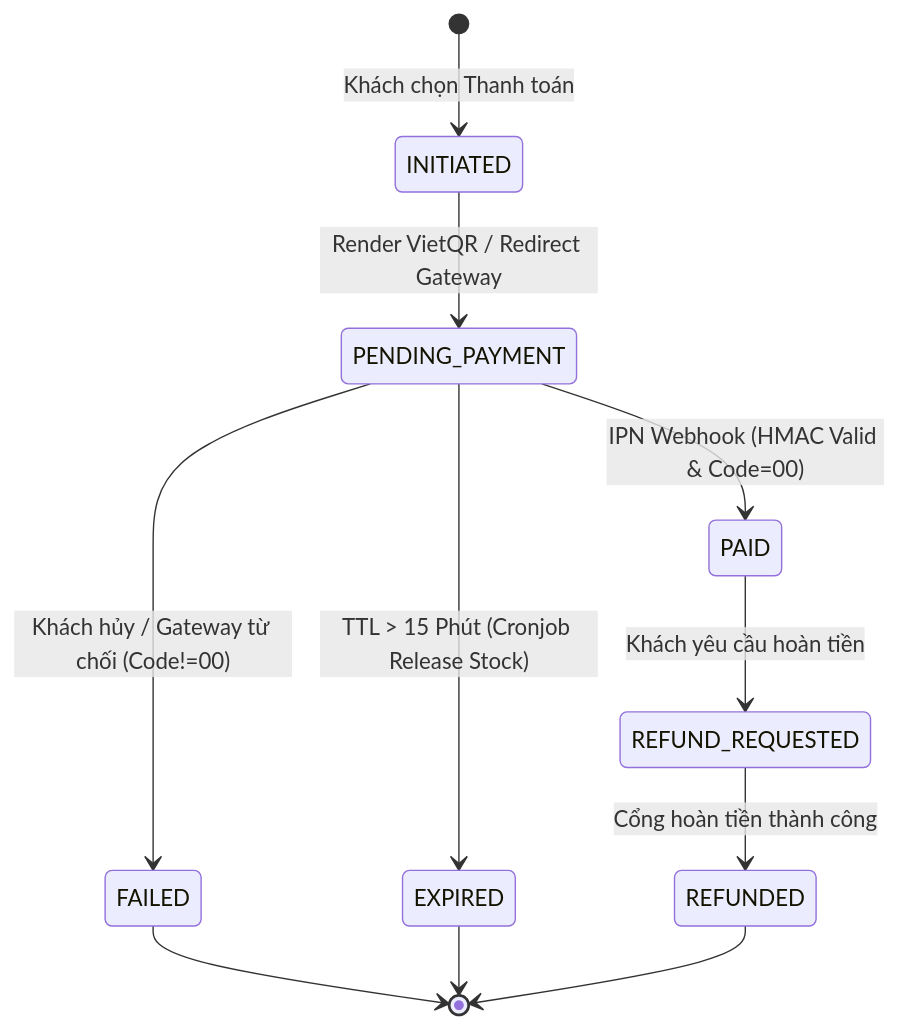
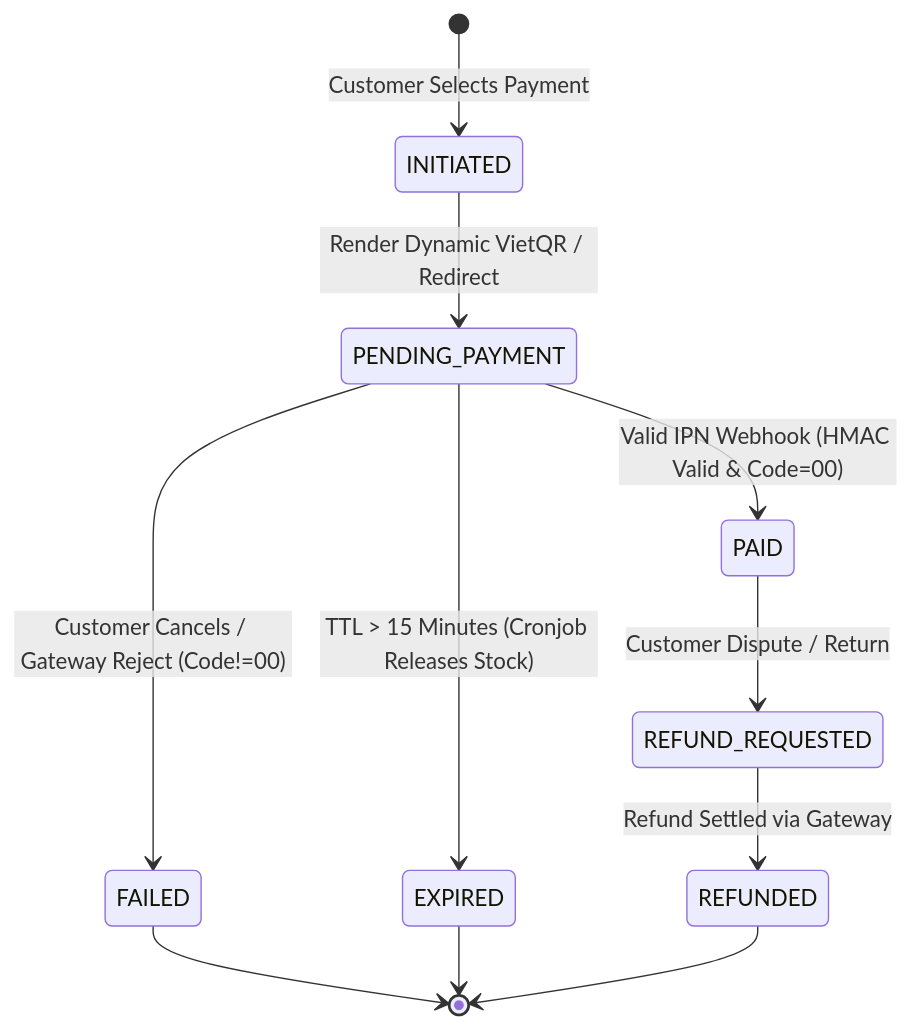
Before and after one commit to phamanhduc8577-hash/business-analyst-hub: the second of 2 diagrams in docs/05-domain-knowledge/ecommerce-retail/CASE-STUDY-VIETNAM-PAYMENTS.md, drawn with Mermaid. The commit also changed other lines of this file and 10 other files, not shown here.

````diff
--- a/docs/05-domain-knowledge/ecommerce-retail/CASE-STUDY-VIETNAM-PAYMENTS.md
+++ b/docs/05-domain-knowledge/ecommerce-retail/CASE-STUDY-VIETNAM-PAYMENTS.md
@@ -126,16 +127,16 @@
 ```mermaid
 stateDiagram-v2
-    [*] --> INITIATED: Khách chọn Thanh toán
-    INITIATED --> PENDING_PAYMENT: Render VietQR / Redirect Gateway
+    [*] --> INITIATED: Customer Selects Payment
+    INITIATED --> PENDING_PAYMENT: Render Dynamic VietQR / Redirect
     
-    PENDING_PAYMENT --> PAID: IPN Webhook (HMAC Valid & Code=00)
-    PENDING_PAYMENT --> FAILED: Khách hủy / Gateway từ chối (Code!=00)
-    PENDING_PAYMENT --> EXPIRED: TTL > 15 Phút (Cronjob Release Stock)
+    PENDING_PAYMENT --> PAID: Valid IPN Webhook (HMAC Valid & Code=00)
+    PENDING_PAYMENT --> FAILED: Customer Cancels / Gateway Reject (Code!=00)
+    PENDING_PAYMENT --> EXPIRED: TTL > 15 Minutes (Cronjob Releases Stock)
     
-    PAID --> REFUND_REQUESTED: Khách yêu cầu hoàn tiền
-    REFUND_REQUESTED --> REFUNDED: Cổng hoàn tiền thành công
+    PAID --> REFUND_REQUESTED: Customer Dispute / Return
+    REFUND_REQUESTED --> REFUNDED: Refund Settled via Gateway
     
     FAILED --> [*]
     EXPIRED --> [*]
     REFUNDED --> [*]
 ```
````
